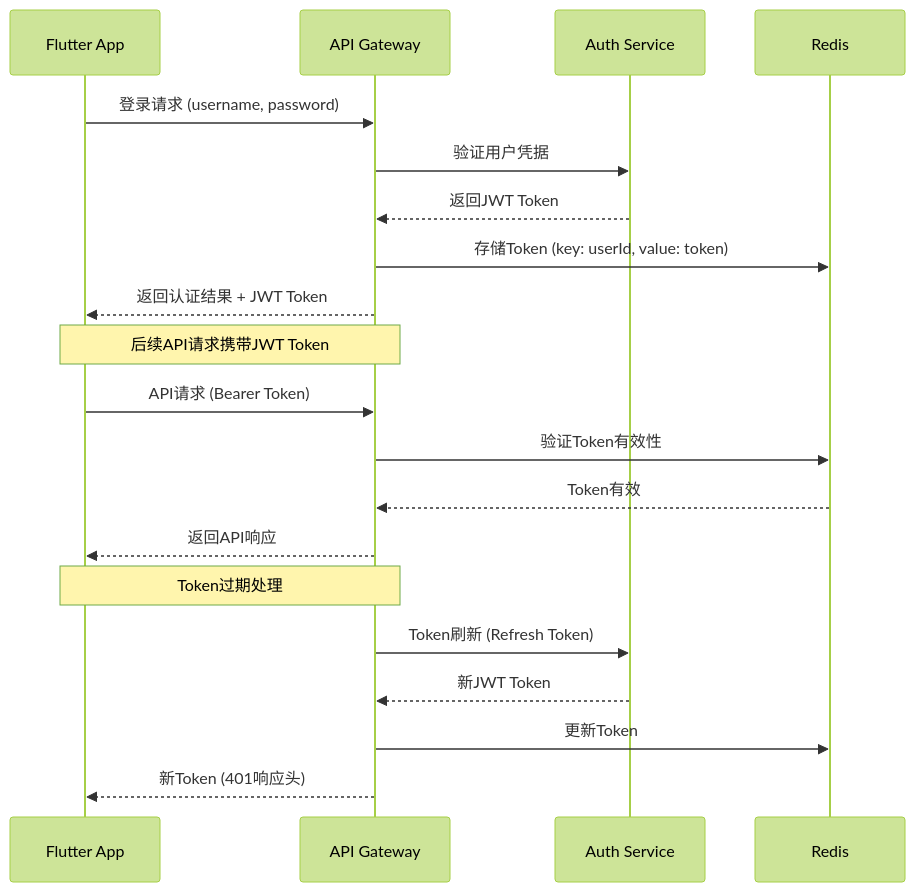
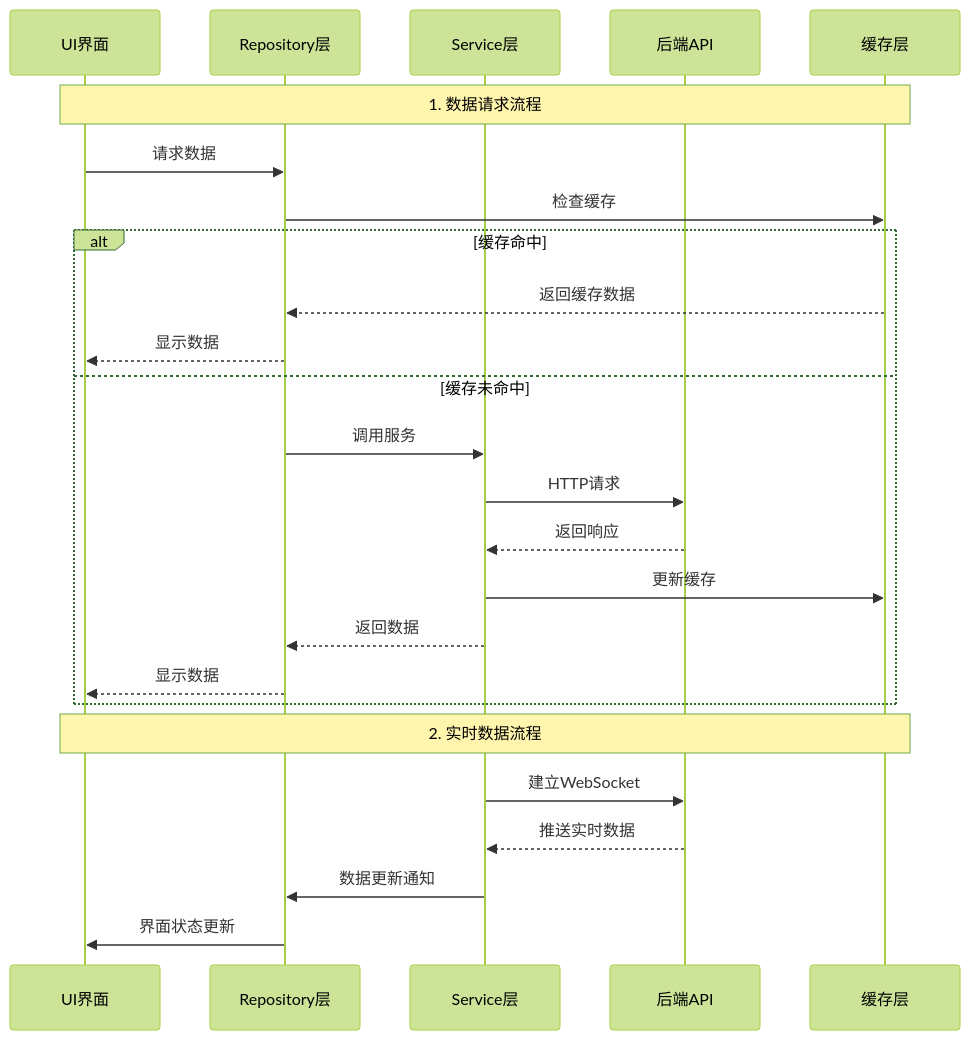
Before and after one commit to earthy-zinc/dehaze-system: the eighth of 21 diagrams in dehaze_flutter/docs/architecture/04-api-integration.md, drawn with Mermaid (forest theme). The commit also changed other lines of this file and 32 other files, not shown here.

First line of the commit message:
docs(architecture): 重构架构文档并更新状态管理配置

````diff
--- a/dehaze_flutter/docs/architecture/04-api-integration.md
+++ b/dehaze_flutter/docs/architecture/04-api-integration.md
@@ -121,27 +530,30 @@
 ```mermaid
 sequenceDiagram
-    participant App as Flutter App
-    participant API as API Gateway
-    participant Auth as Auth Service
-    participant Redis as Redis
+    participant UI as UI界面
+    participant REPO as Repository层
+    participant SVC as Service层
+    participant API as 后端API
+    participant CACHE as 缓存层
 
-    App->>API: 登录请求 (username, password)
-    API->>Auth: 验证用户凭据
-    Auth-->>API: 返回JWT Token
-    API->>Redis: 存储Token (key: userId, value: token)
-    API-->>App: 返回认证结果 + JWT Token
+    Note over UI,CACHE: 1. 数据请求流程
+    UI->>REPO: 请求数据
+    REPO->>CACHE: 检查缓存
 
-    Note over App,API: 后续API请求携带JWT Token
+    alt 缓存命中
+        CACHE-->>REPO: 返回缓存数据
+        REPO-->>UI: 显示数据
+    else 缓存未命中
+        REPO->>SVC: 调用服务
+        SVC->>API: HTTP请求
+        API-->>SVC: 返回响应
+        SVC->>CACHE: 更新缓存
+        SVC-->>REPO: 返回数据
+        REPO-->>UI: 显示数据
+    end
 
-    App->>API: API请求 (Bearer Token)
-    API->>Redis: 验证Token有效性
-    Redis-->>API: Token有效
-    API-->>App: 返回API响应
-
-    Note over App,API: Token过期处理
-
-    API->>Auth: Token刷新 (Refresh Token)
-    Auth-->>API: 新JWT Token
-    API->>Redis: 更新Token
-    API-->>App: 新Token (401响应头)
+    Note over UI,CACHE: 2. 实时数据流程
+    SVC->>API: 建立WebSocket
+    API-->>SVC: 推送实时数据
+    SVC->>REPO: 数据更新通知
+    REPO->>UI: 界面状态更新
 ```
````
